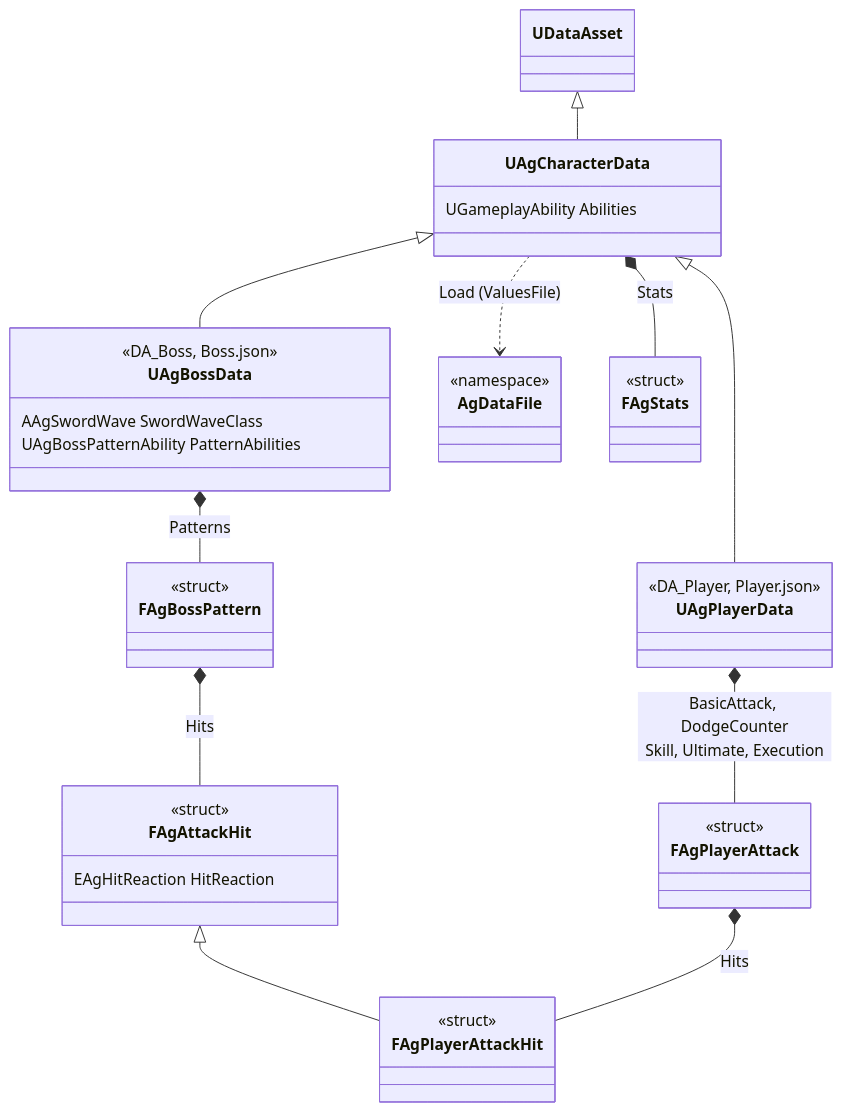
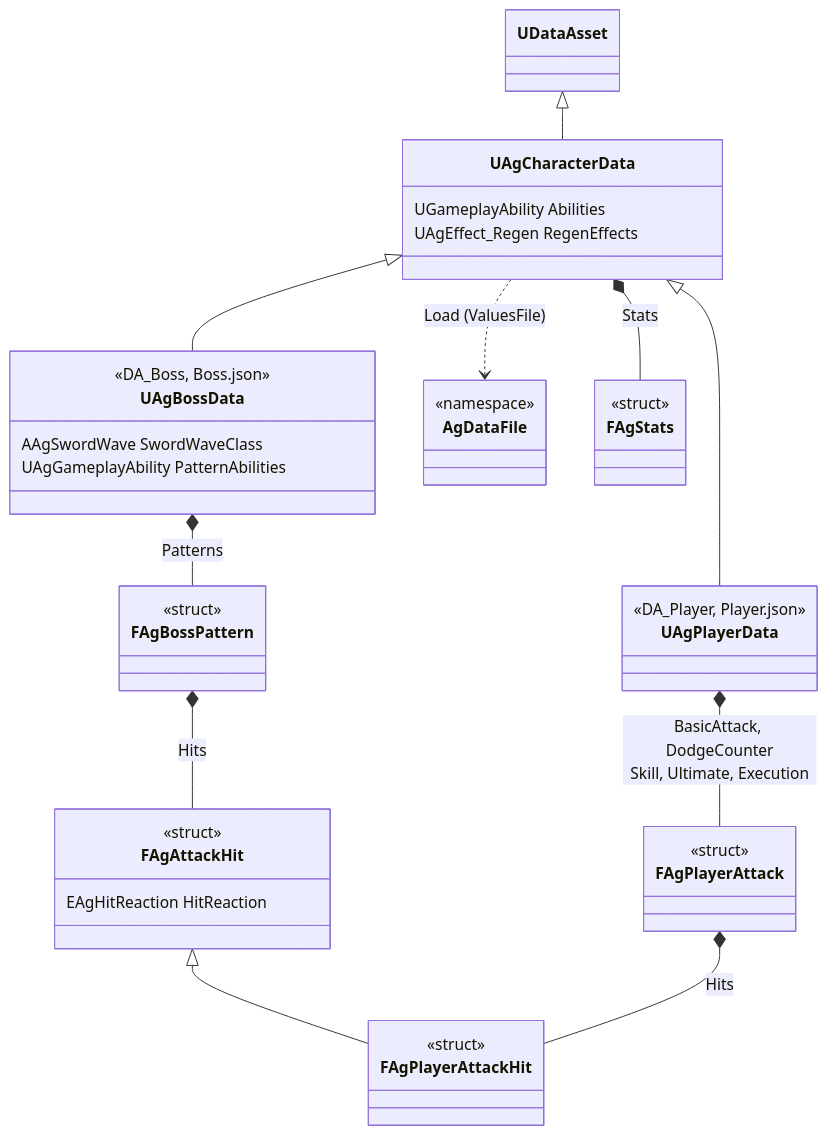
One commit to Woogl/Ag changed diagram 12 of 21 in Docs/Program/클래스 구조도.md. Above: the diagram before and after it, drawn with Mermaid. The commit also changed other lines of this file and 122 other files, not shown here.

````diff
--- a/Docs/Program/클래스 구조도.md
+++ b/Docs/Program/클래스 구조도.md
@@ -425,45 +511,46 @@
 ```mermaid
 classDiagram
     direction TB
     class UAgCharacterData {
         UGameplayAbility Abilities
+        UAgEffect_Regen RegenEffects
     }
     class UAgPlayerData {
         <<DA_Player, Player.json>>
     }
     class UAgBossData {
         <<DA_Boss, Boss.json>>
         AAgSwordWave SwordWaveClass
-        UAgBossPatternAbility PatternAbilities
+        UAgGameplayAbility PatternAbilities
     }
     class AgDataFile {
         <<namespace>>
     }
     class FAgStats {
         <<struct>>
     }
     class FAgPlayerAttack {
         <<struct>>
     }
     class FAgBossPattern {
         <<struct>>
     }
     class FAgAttackHit {
         <<struct>>
         EAgHitReaction HitReaction
     }
     class FAgPlayerAttackHit {
         <<struct>>
     }
     UDataAsset <|-- UAgCharacterData
     UAgCharacterData <|-- UAgPlayerData
     UAgCharacterData <|-- UAgBossData
     UAgCharacterData ..> AgDataFile : Load (ValuesFile)
 
     UAgCharacterData *-- FAgStats : Stats
     UAgPlayerData *-- FAgPlayerAttack : BasicAttack, DodgeCounter<br>Skill, Ultimate, Execution
     UAgBossData *-- FAgBossPattern : Patterns
     FAgAttackHit <|-- FAgPlayerAttackHit
     FAgPlayerAttack *-- FAgPlayerAttackHit : Hits
     FAgBossPattern *-- FAgAttackHit : Hits
 ```
````
